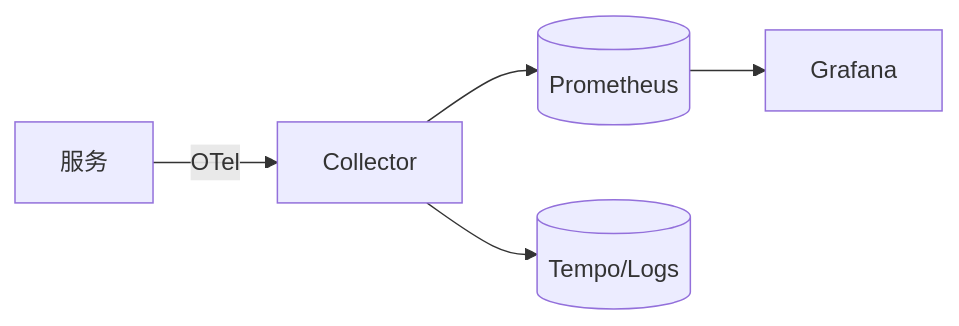
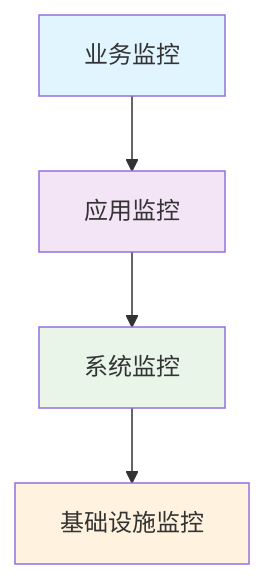
Before and after one commit to AdaMartin18010/Data-Science: the first of 3 diagrams in Analysis/7-持续集成与演进/7.5-监控与可观测/7.5.1-性能监控系统.md, drawn with Mermaid. The commit also changed other lines of this file and 13 other files, not shown here.

````diff
--- a/Analysis/7-持续集成与演进/7.5-监控与可观测/7.5.1-性能监控系统.md
+++ b/Analysis/7-持续集成与演进/7.5-监控与可观测/7.5.1-性能监控系统.md
@@ -7,7 +24,11 @@
 ```mermaid
-graph LR
-  A[服务]--OTel-->B[Collector]
-  B-->C[(Prometheus)]
-  B-->D[(Tempo/Logs)]
-  C-->E[Grafana]
+graph TD
+    A[业务监控] --> B[应用监控]
+    B --> C[系统监控]
+    C --> D[基础设施监控]
+    
+    style A fill:#e1f5fe
+    style B fill:#f3e5f5
+    style C fill:#e8f5e8
+    style D fill:#fff3e0
 ```
````
